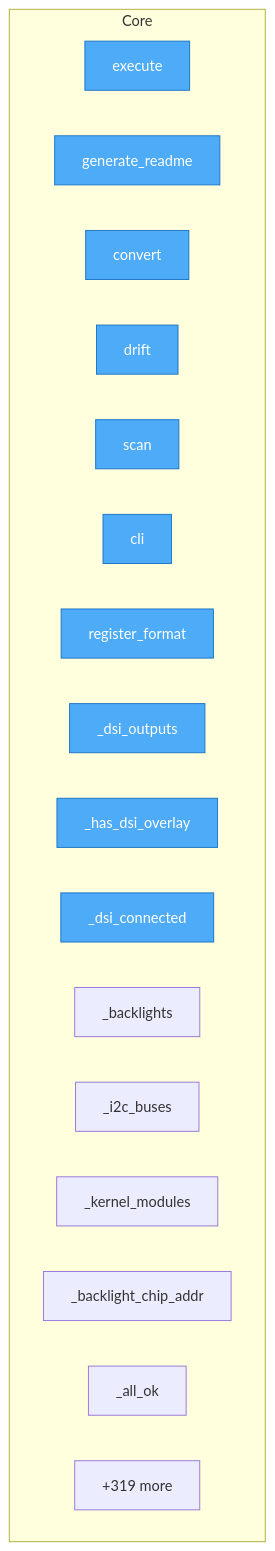
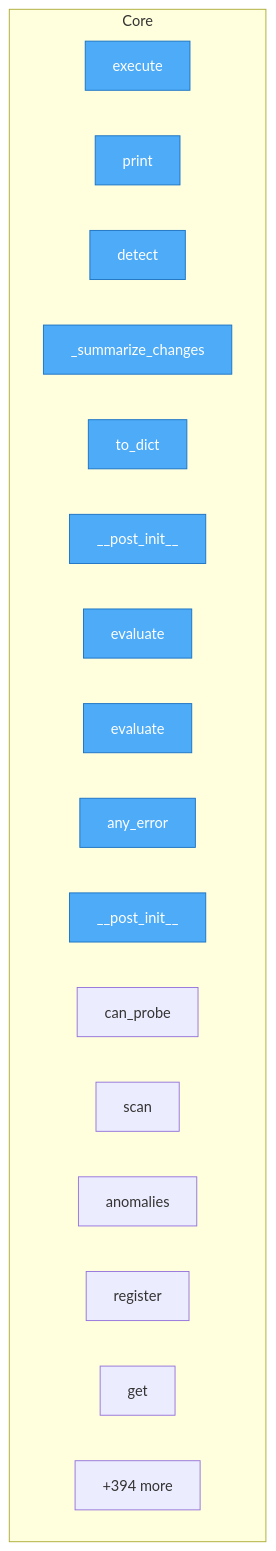
One commit to semcod/op3 changed the diagram in project/flow.mmd. Above: the diagram before and after it, drawn with Mermaid. The commit also changed 40 other files, not shown here.

```diff
--- a/project/flow.mmd
+++ b/project/flow.mmd
@@ -1,25 +1,25 @@
 flowchart TD
 
     %% Entry points (blue)
     classDef entry fill:#4dabf7,stroke:#1971c2,color:#fff
 
     subgraph Core
         README__execute["execute"]
-        docs__README__generate_readme["generate_readme"]
-        SUMD__convert["convert"]
-        SUMD__drift["drift"]
-        SUMD__scan["scan"]
-        SUMD__cli["cli"]
-        SUMD__register_format["register_format"]
-        SUMD___dsi_outputs["_dsi_outputs"]
-        SUMD___has_dsi_overlay["_has_dsi_overlay"]
-        SUMD___dsi_connected["_dsi_connected"]
-        SUMD___backlights["_backlights"]
-        SUMD___i2c_buses["_i2c_buses"]
-        SUMD___kernel_modules["_kernel_modules"]
-        SUMD___backlight_chip_addr["_backlight_chip_addr"]
-        SUMD___all_ok["_all_ok"]
-        ...["+319 more"]
+        docs__API__print["print"]
+        src__opstree__drift__detector__DriftDetector__detect["detect"]
+        src__opstree__drift__detector__DriftDetector___summarize_changes["_summarize_changes"]
+        src__opstree__diagnostics__rules__Diagnostic__to_dict["to_dict"]
+        src__opstree__diagnostics__rules__Rule____post_init__["__post_init__"]
+        src__opstree__diagnostics__rules__Rule__evaluate["evaluate"]
+        src__opstree__diagnostics__rules__RuleEngine__evaluate["evaluate"]
+        src__opstree__diagnostics__rules__RuleEngine__any_error["any_error"]
+        src__opstree__probes__base__ProbeContext____post_init__["__post_init__"]
+        src__opstree__probes__base__Probe__can_probe["can_probe"]
+        src__opstree__probes__base__Probe__scan["scan"]
+        src__opstree__probes__base__Probe__anomalies["anomalies"]
+        src__opstree__probes__registry__ProbeRegistry__register["register"]
+        src__opstree__probes__registry__ProbeRegistry__get["get"]
+        ...["+394 more"]
     end
 
-    class README__execute,docs__README__generate_readme,SUMD__convert,SUMD__drift,SUMD__scan,SUMD__cli,SUMD__register_format,SUMD___dsi_outputs,SUMD___has_dsi_overlay,SUMD___dsi_connected entry
+    class README__execute,docs__API__print,src__opstree__drift__detector__DriftDetector__detect,src__opstree__drift__detector__DriftDetector___summarize_changes,src__opstree__diagnostics__rules__Diagnostic__to_dict,src__opstree__diagnostics__rules__Rule____post_init__,src__opstree__diagnostics__rules__Rule__evaluate,src__opstree__diagnostics__rules__RuleEngine__evaluate,src__opstree__diagnostics__rules__RuleEngine__any_error,src__opstree__probes__base__ProbeContext____post_init__ entry
```
